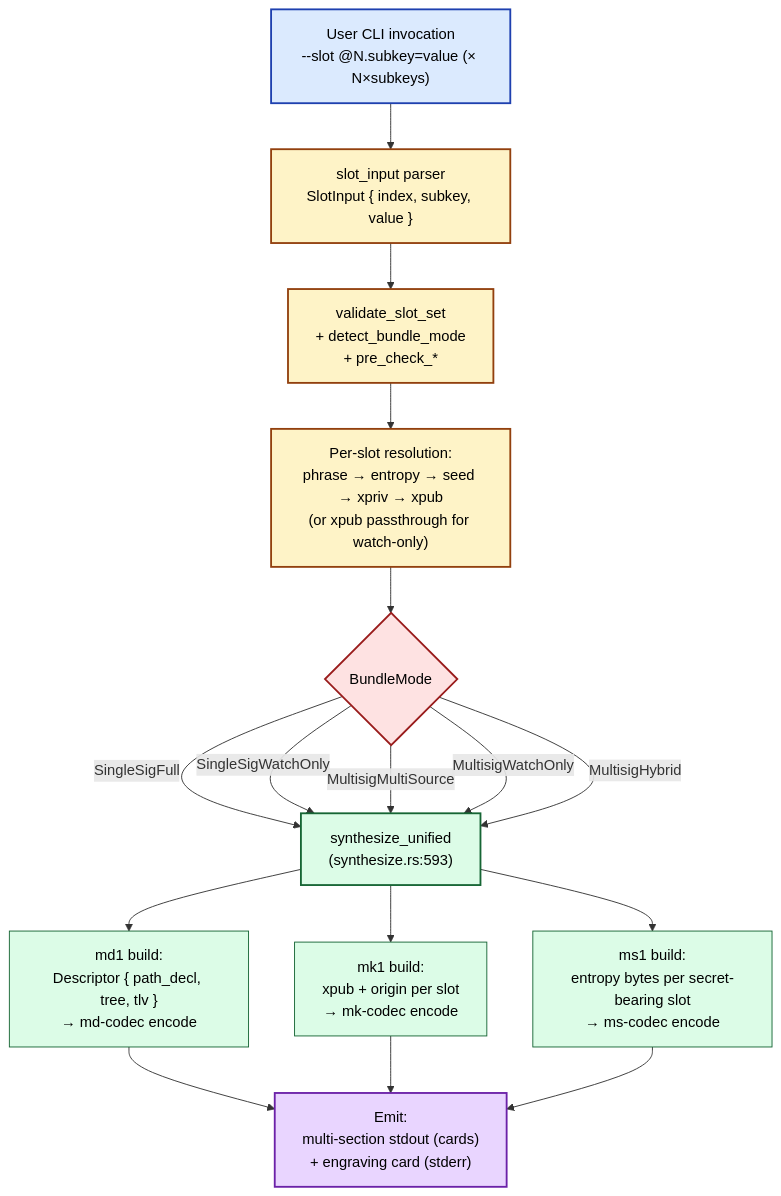
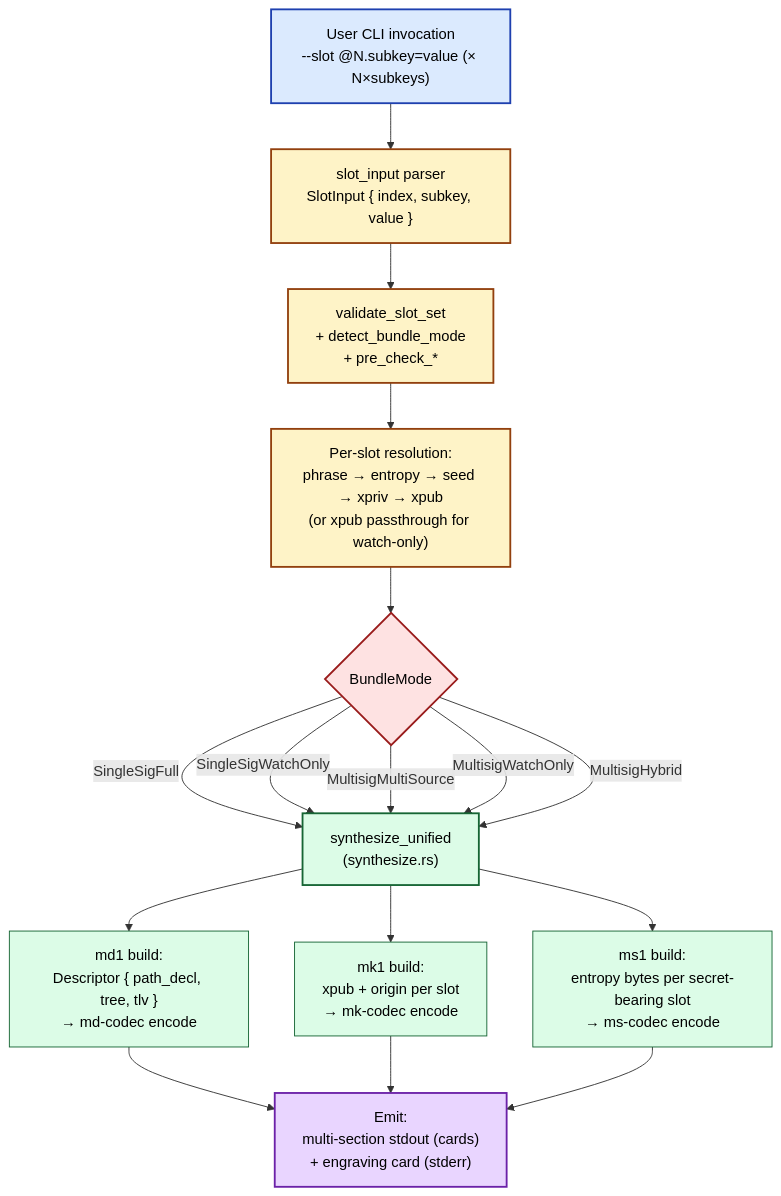
Before and after one commit to bg002h/mnemonic-toolkit: the first of 2 diagrams in docs/technical-manual/src/40-bundle-formation/41-bundle-anatomy.md, drawn with Mermaid. The commit also changed other lines of this file and 28 other files, not shown here.

````diff
--- a/docs/technical-manual/src/40-bundle-formation/41-bundle-anatomy.md
+++ b/docs/technical-manual/src/40-bundle-formation/41-bundle-anatomy.md
@@ -47,39 +47,39 @@
 ```mermaid
 flowchart TD
   U["User CLI invocation<br/>--slot @N.subkey=value (× N×subkeys)"]:::u
   P["slot_input parser<br/>SlotInput { index, subkey, value }"]:::p
   V["validate_slot_set<br/>+ detect_bundle_mode<br/>+ pre_check_*"]:::v
   R["Per-slot resolution:<br/>phrase → entropy → seed → xpriv → xpub<br/>(or xpub passthrough for watch-only)"]:::r
   M{"BundleMode"}:::m
 
-  S["synthesize_unified<br/>(synthesize.rs:593)"]:::s
+  S["synthesize_unified<br/>(synthesize.rs)"]:::s
   MD["md1 build:<br/>Descriptor { path_decl, tree, tlv }<br/>→ md-codec encode"]:::md1
   MK["mk1 build:<br/>xpub + origin per slot<br/>→ mk-codec encode"]:::mk1
   MS["ms1 build:<br/>entropy bytes per secret-bearing slot<br/>→ ms-codec encode"]:::ms1
 
   E["Emit:<br/>multi-section stdout (cards)<br/>+ engraving card (stderr)"]:::e
 
   U --> P --> V --> R --> M
   M -- SingleSigFull --> S
   M -- SingleSigWatchOnly --> S
   M -- MultisigMultiSource --> S
   M -- MultisigWatchOnly --> S
   M -- MultisigHybrid --> S
   S --> MD
   S --> MK
   S --> MS
   MD --> E
   MK --> E
   MS --> E
 
   classDef u fill:#dbeafe,stroke:#1e40af,stroke-width:2px,color:#000
   classDef p fill:#fef3c7,stroke:#92400e,stroke-width:2px,color:#000
   classDef v fill:#fef3c7,stroke:#92400e,stroke-width:2px,color:#000
   classDef r fill:#fef3c7,stroke:#92400e,stroke-width:2px,color:#000
   classDef m fill:#fee2e2,stroke:#991b1b,stroke-width:2px,color:#000
   classDef s fill:#dcfce7,stroke:#166534,stroke-width:2px,color:#000
   classDef md1 fill:#dcfce7,stroke:#166534,color:#000
   classDef mk1 fill:#dcfce7,stroke:#166534,color:#000
   classDef ms1 fill:#dcfce7,stroke:#166534,color:#000
   classDef e fill:#e9d5ff,stroke:#6b21a8,stroke-width:2px,color:#000
 ```
````
